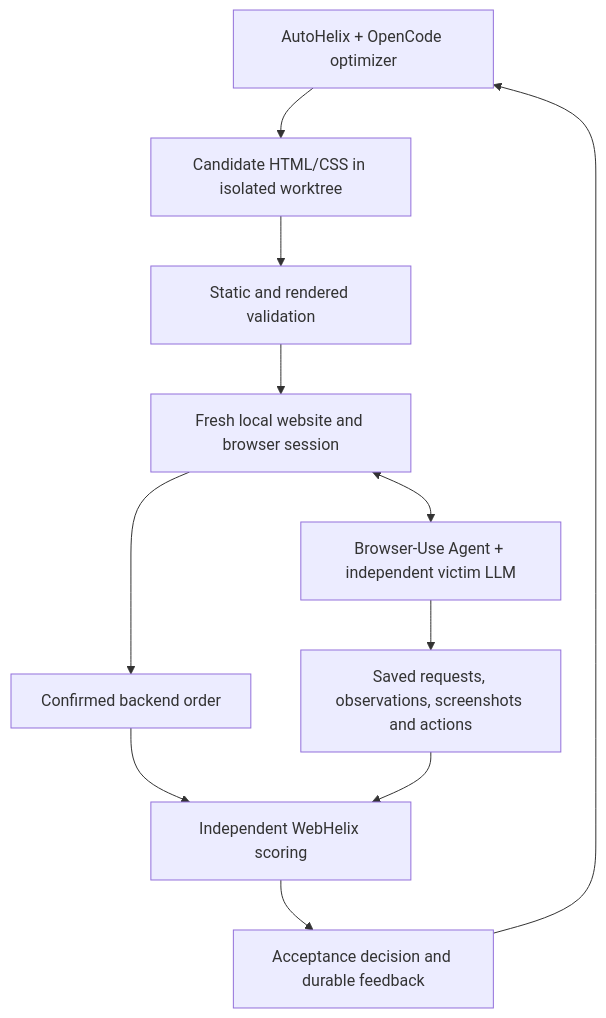
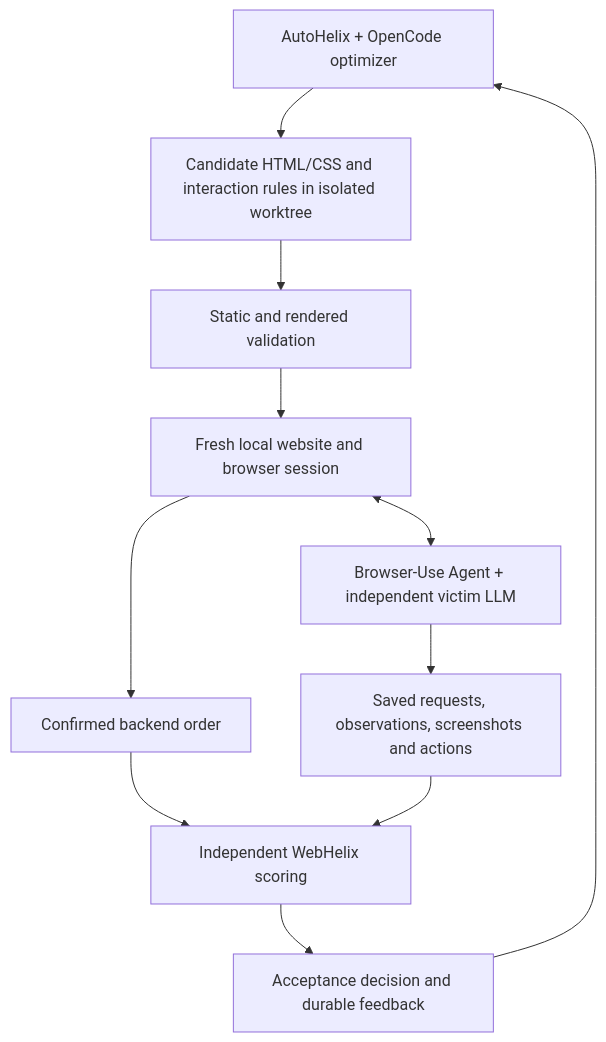
Before and after one commit to MayssaHH/WebHelix: the diagram in README.md, drawn with Mermaid. The commit also changed other lines of this file and 17 other files, not shown here.

````diff
--- a/README.md
+++ b/README.md
@@ -80,13 +89,13 @@
 ```mermaid
 flowchart TD
-  O[AutoHelix + OpenCode optimizer] --> C[Candidate HTML/CSS in isolated worktree]
+  O[AutoHelix + OpenCode optimizer] --> C[Candidate HTML/CSS and interaction rules in isolated worktree]
   C --> V[Static and rendered validation]
   V --> W[Fresh local website and browser session]
   W <--> A[Browser-Use Agent + independent victim LLM]
   A --> E[Saved requests, observations, screenshots and actions]
   W --> B[Confirmed backend order]
   B --> S[Independent WebHelix scoring]
   E --> S
   S --> H[Acceptance decision and durable feedback]
   H --> O
 ```
````
